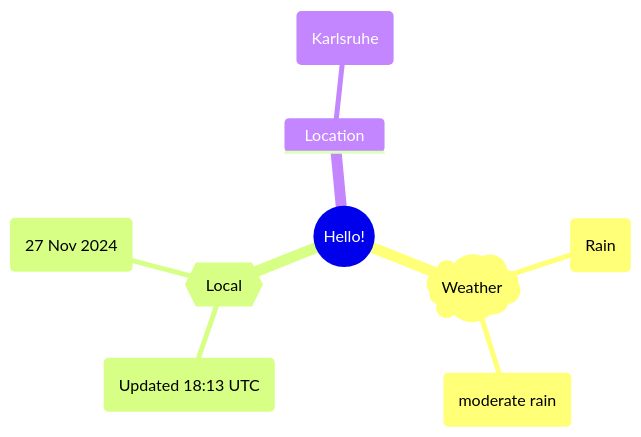
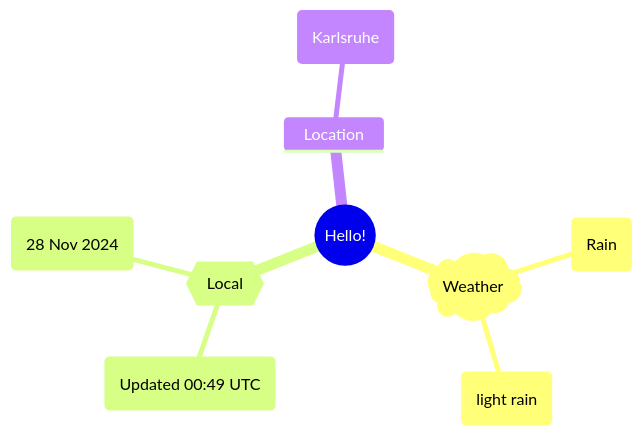
One commit to Xosrov/Xosrov changed the first of 2 diagrams in README.md. Above: the diagram before and after it, drawn with Mermaid.

Commit message:
[bot] updated images

````diff
--- a/README.md
+++ b/README.md
@@ -3,12 +3,12 @@
 ```mermaid
 mindmap
   root((Hello!))
     )Weather(
         (Rain)
-        (moderate rain)
+        (light rain)
     {{Local}}
-        (Updated 18:13 UTC)
-        (27 Nov 2024)
+        (Updated 00:49 UTC)
+        (28 Nov 2024)
     Location
         (Karlsruhe)
 ```
````
